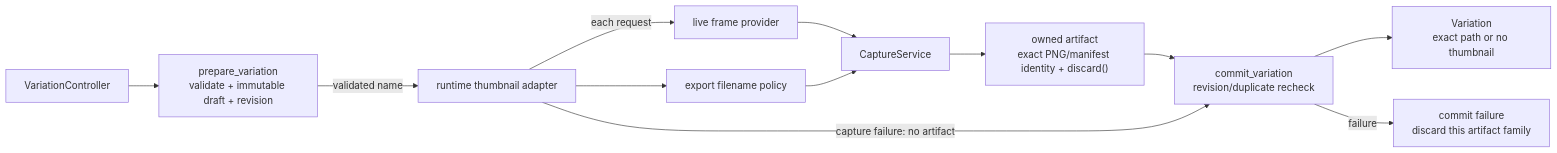
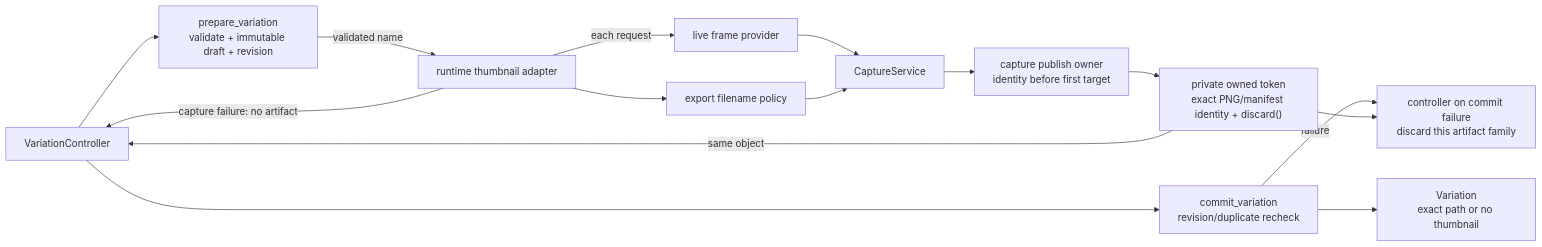
One commit to tyhts0829/graft changed diagram 19 of 25 in docs/architecture_visualization.md. Above: the diagram before and after it, drawn with Mermaid. The commit also changed other lines of this file and 19 other files, not shown here.

````diff
--- a/docs/architecture_visualization.md
+++ b/docs/architecture_visualization.md
@@ -559,22 +561,26 @@
 ```mermaid
 flowchart LR
     gui["VariationController"]
     prepare["prepare_variation<br/>validate + immutable draft + revision"]
     runtime["runtime thumbnail adapter"]
     provider["live frame provider"]
     capture["CaptureService"]
+    publish["capture publish owner<br/>identity before first target"]
     policy["export filename policy"]
-    artifact["owned artifact<br/>exact PNG/manifest identity + discard()"]
+    artifact["private owned token<br/>exact PNG/manifest identity + discard()"]
     commit["commit_variation<br/>revision/duplicate recheck"]
     variation["Variation<br/>exact path or no thumbnail"]
-    rollback["commit failure<br/>discard this artifact family"]
+    rollback["controller on commit failure<br/>discard this artifact family"]
 
     gui --> prepare
     prepare -->|"validated name"| runtime
     runtime -->|"each request"| provider
     provider --> capture
     runtime --> policy --> capture
-    capture --> artifact --> commit --> variation
+    capture --> publish --> artifact
+    artifact -->|"same object"| gui
+    gui --> commit --> variation
     commit -->|"failure"| rollback
-    runtime -->|"capture failure: no artifact"| commit
+    artifact --> rollback
+    runtime -->|"capture failure: no artifact"| gui
 ```
````
